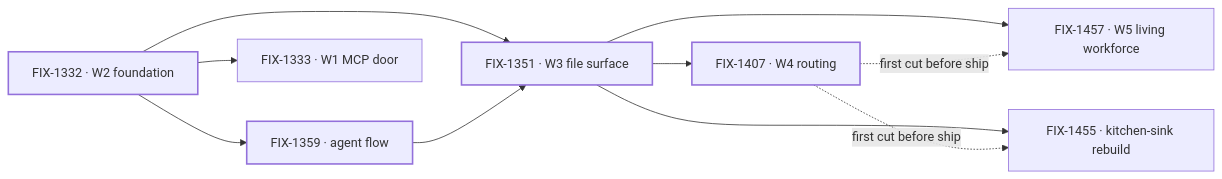
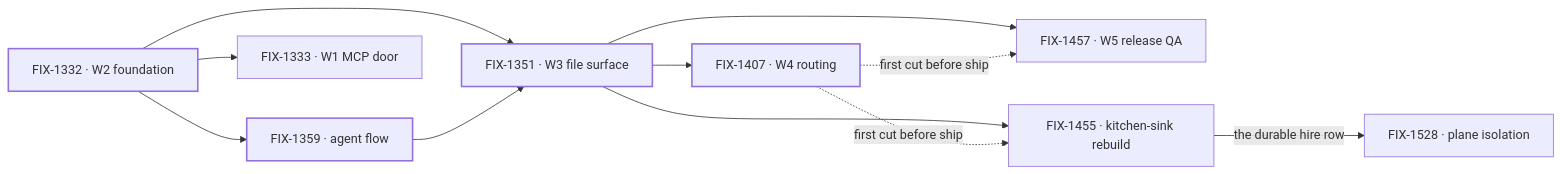
One commit to fixpoint-labs/flow-state-dev changed the diagram in spec/_projects/workforce-layer-2-abstraction/SPEC.md. Above: the diagram before and after it, drawn with Mermaid. The commit also changed other lines of this file and 2 other files, not shown here.

First line of the commit message:
project(workforce-layer-2-abstraction): refresh — FIX-1528 plane isolation filed, at its gate

````diff
--- a/spec/_projects/workforce-layer-2-abstraction/SPEC.md
+++ b/spec/_projects/workforce-layer-2-abstraction/SPEC.md
@@ -88,14 +96,15 @@
 ```mermaid
 flowchart LR
   W2["FIX-1332 · W2 foundation"] --> AF["FIX-1359 · agent flow"]
   W2 --> W3["FIX-1351 · W3 file surface"]
   AF --> W3
   W3 --> W4["FIX-1407 · W4 routing"]
-  W3 --> W5["FIX-1457 · W5 living workforce"]
+  W3 --> W5["FIX-1457 · W5 release QA"]
   W3 --> KS["FIX-1455 · kitchen-sink rebuild"]
   W4 -.->|"first cut before ship"| W5
   W4 -.->|"first cut before ship"| KS
+  KS -->|"the durable hire row"| PI["FIX-1528 · plane isolation"]
   W2 --> W1["FIX-1333 · W1 MCP door"]
   classDef done stroke-width:2px
   class W2,AF,W3,W4 done
 ```
````
